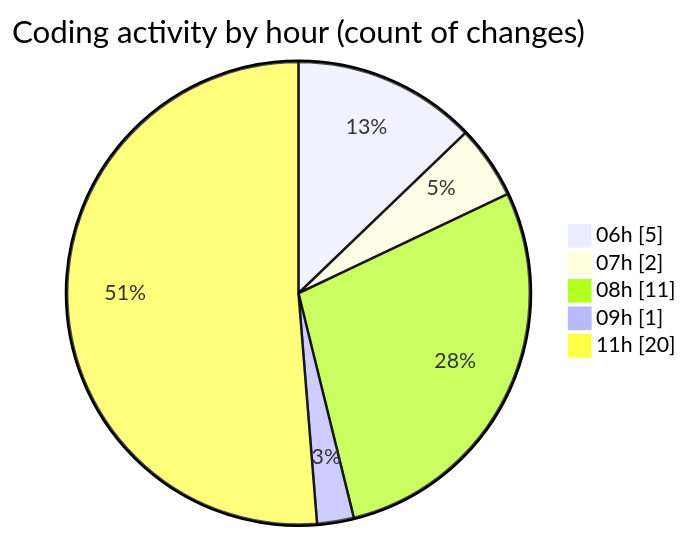
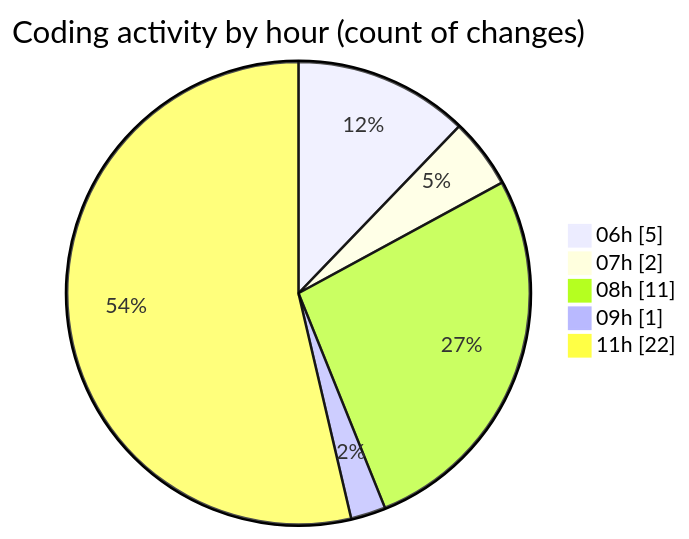
The second of 2 diagrams in 2025-04-17/zeytoon/README.md (vahidmafi/code-tracking), drawn with Mermaid before and after one commit. The commit also changed other lines of this file and 1 other file, not shown here.

````diff
--- a/2025-04-17/zeytoon/README.md
+++ b/2025-04-17/zeytoon/README.md
@@ -36,9 +38,9 @@
 ```mermaid
 pie showData
 title Coding activity by hour (count of changes)
 "06h" : 5
 "07h" : 2
 "08h" : 11
 "09h" : 1
-"11h" : 20
+"11h" : 22
 ```
````
